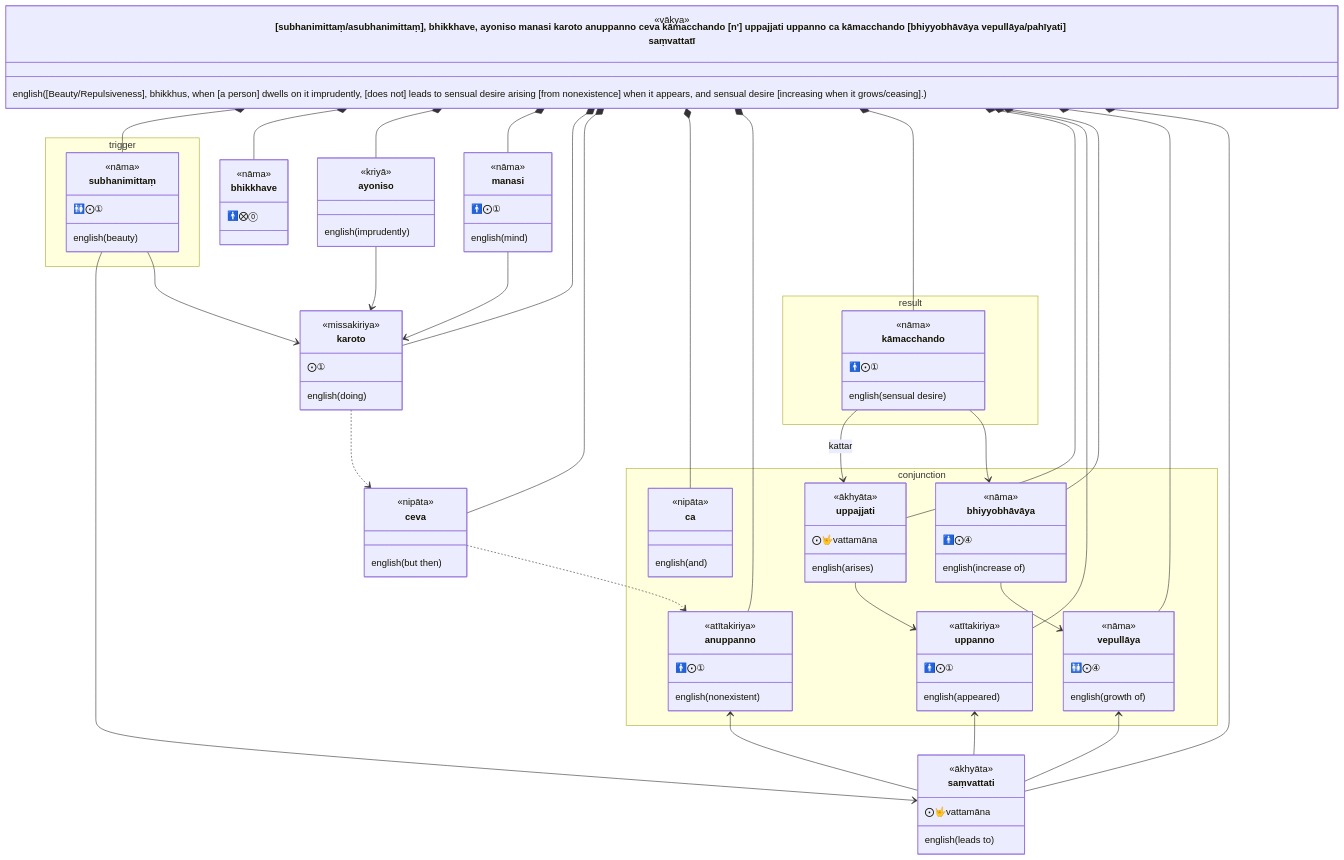
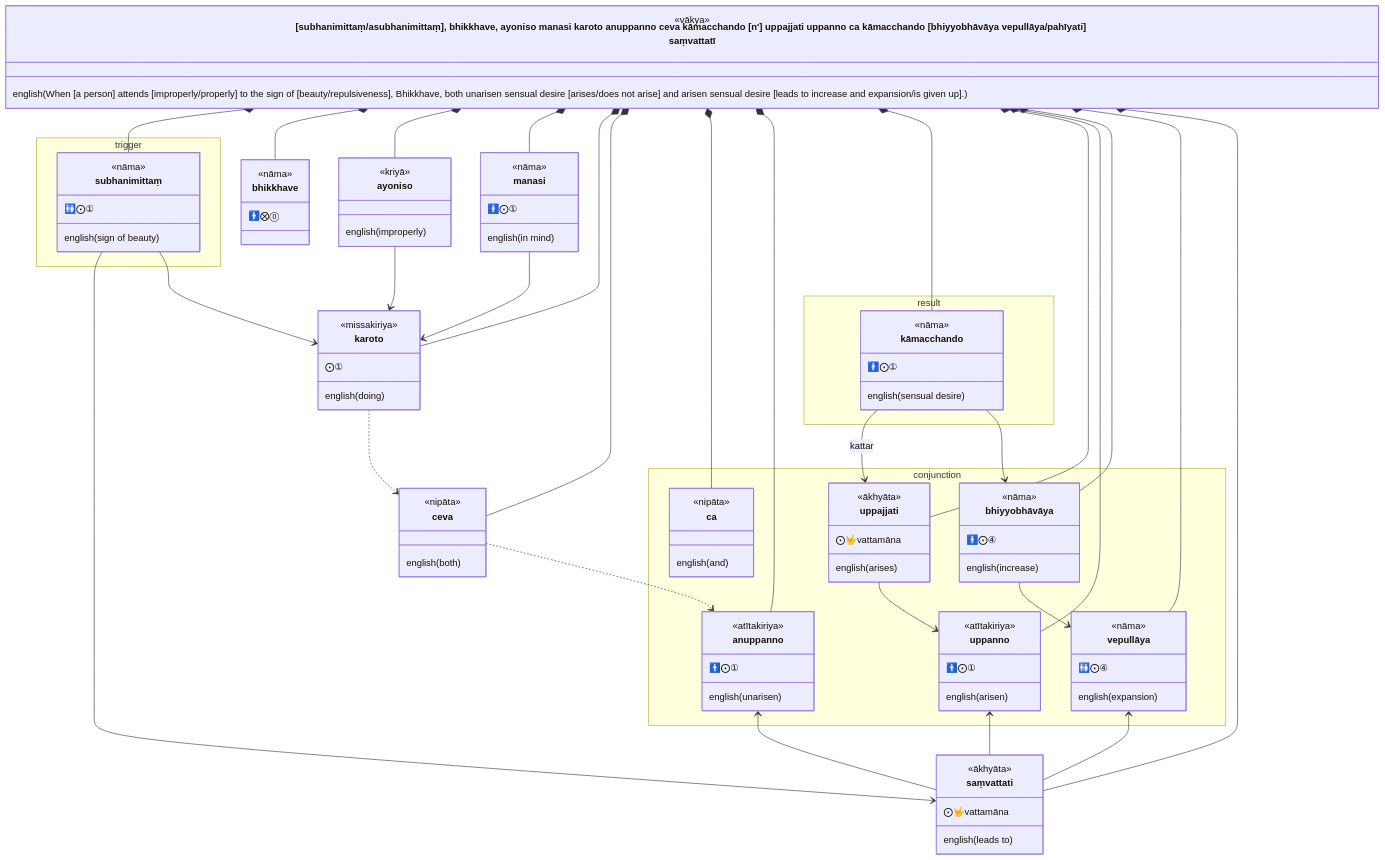
The second of 3 diagrams in src/content/docs/Sutta/hindrances.md (ChristineTham/buddhavacana), drawn with Mermaid before and after one commit. The commit also changed other lines of this file, not shown here.

```diff
--- a/src/content/docs/Sutta/hindrances.md
+++ b/src/content/docs/Sutta/hindrances.md
@@ -169,13 +169,13 @@
 classDiagram
   class sentence["[subhanimittaṃ/asubhanimittaṃ], bhikkhave, ayoniso manasi karoto anuppanno ceva kāmacchando [n'] uppajjati uppanno ca kāmacchando [bhiyyobhāvāya vepullāya/pahīyati] saṃvattatī"] {
     <<vākya>>
-    english([Beauty/Repulsiveness], bhikkhus, when [a person] dwells on it imprudently, [does not] leads to sensual desire arising [from nonexistence] when it appears, and sensual desire [increasing when it grows/ceasing].)
+    english(When [a person] attends [improperly/properly] to the sign of [beauty/repulsiveness], Bhikkhave, both unarisen sensual desire [arises/does not arise] and arisen sensual desire [leads to increase and expansion/is given up].)
   }
   namespace trigger {
     class subhanimittaṃ {
       <<nāma>>
       🚻⨀①
-      english(beauty)
+      english(sign of beauty)
     }
   }
   class bhikkhave {
@@ -184,12 +184,12 @@
   }
   class ayoniso {
     <<kriyā>>
-    english(imprudently)
+    english(improperly)
   }
   class manasi {
     <<nāma>>
     🚹⨀①
-    english(mind)
+    english(in mind)
   }
   class karoto {
     <<missakiriya>>
@@ -205,7 +205,7 @@
   }
   class ceva {
     <<nipāta>>
-    english(but then)
+    english(both)
   }
   namespace conjunction {
     class ca {
@@ -215,7 +215,7 @@
     class anuppanno {
       <<atītakiriya>>
       🚹⨀①
-      english(nonexistent)
+      english(unarisen)
     }
     class uppajjati {
       <<ākhyāta>>
@@ -225,17 +225,17 @@
     class uppanno {
       <<atītakiriya>>
       🚹⨀①
-      english(appeared)
+      english(arisen)
     }
     class bhiyyobhāvāya {
       <<nāma>>
       🚹⨀④
-      english(increase of)
+      english(increase)
     }
     class vepullāya {
       <<nāma>>
       🚻⨀④
-      english(growth of)
+      english(expansion)
     }
   }
   class saṃvattati {
```
